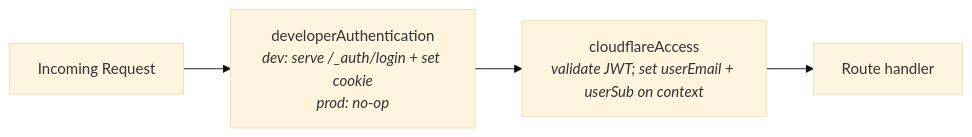
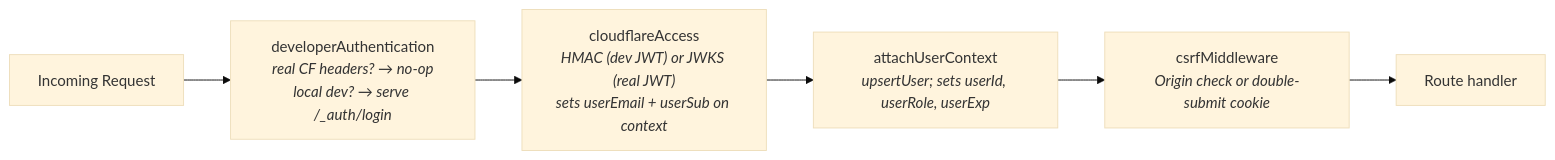
Before and after one commit to adrianhall/CF-Architect: the second of 2 diagrams in docs/PLAN.md, drawn with Mermaid (base theme). The commit also changed other lines of this file and 67 other files, not shown here.

First line of the commit message:
feat(auth): phase 02 — identity, access & multi-user

````diff
--- a/docs/PLAN.md
+++ b/docs/PLAN.md
@@ -297,6 +307,8 @@
 ```mermaid
 flowchart LR
-    Req["Incoming Request"] --> Dev["developerAuthentication<br/><i>dev: serve /_auth/login + set cookie<br/>prod: no-op</i>"]
-    Dev --> Access["cloudflareAccess<br/><i>validate JWT; set userEmail + userSub on context</i>"]
-    Access --> Handler["Route handler"]
+    Req["Incoming Request"] --> Dev["developerAuthentication<br/><i>real CF headers? → no-op<br/>local dev? → serve /_auth/login</i>"]
+    Dev --> Access["cloudflareAccess<br/><i>HMAC (dev JWT) or JWKS (real JWT)<br/>sets userEmail + userSub on context</i>"]
+    Access --> Attach["attachUserContext<br/><i>upsertUser; sets userId, userRole, userExp</i>"]
+    Attach --> CSRF["csrfMiddleware<br/><i>Origin check or double-submit cookie</i>"]
+    CSRF --> Handler["Route handler"]
 ```
````
